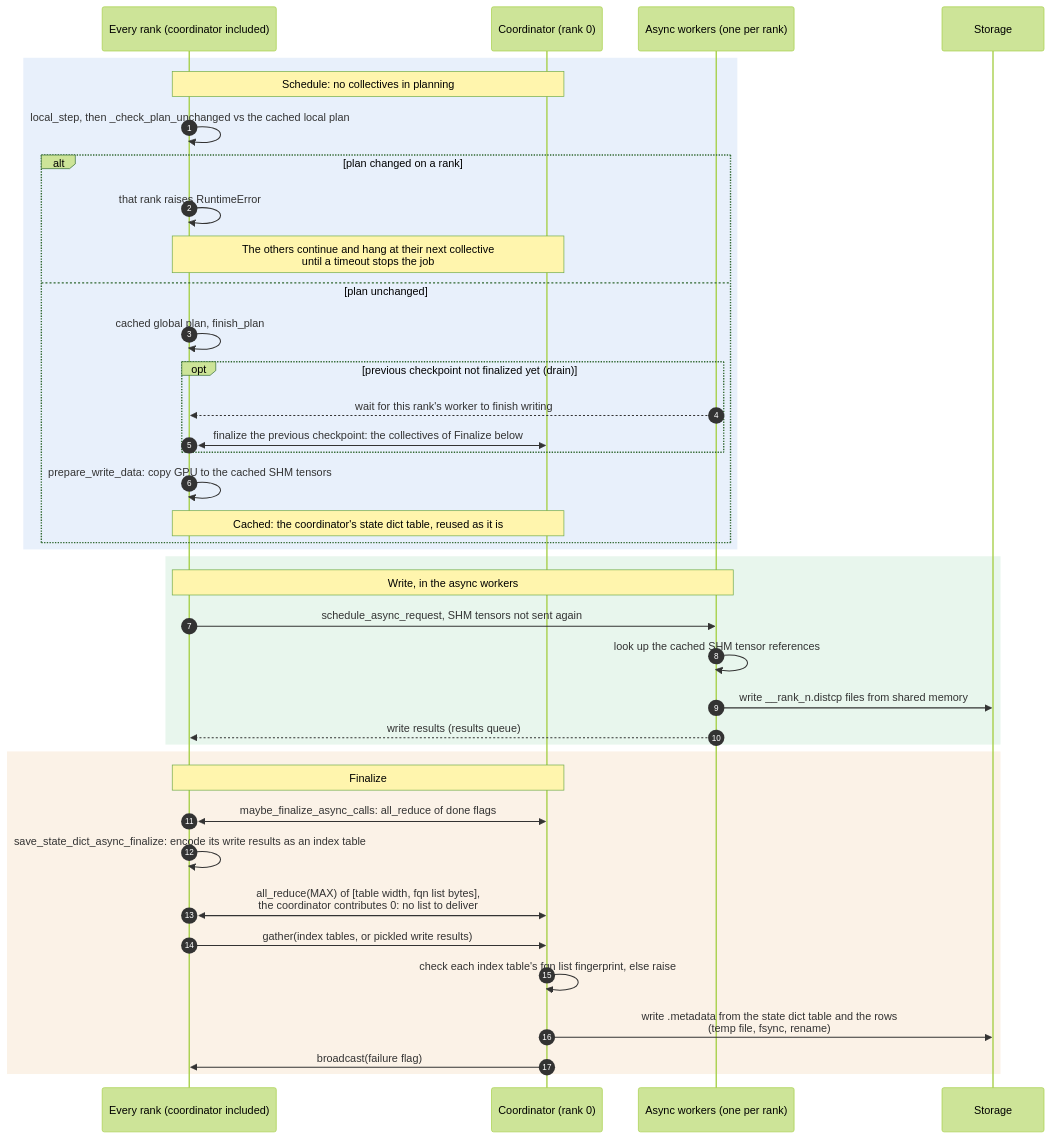
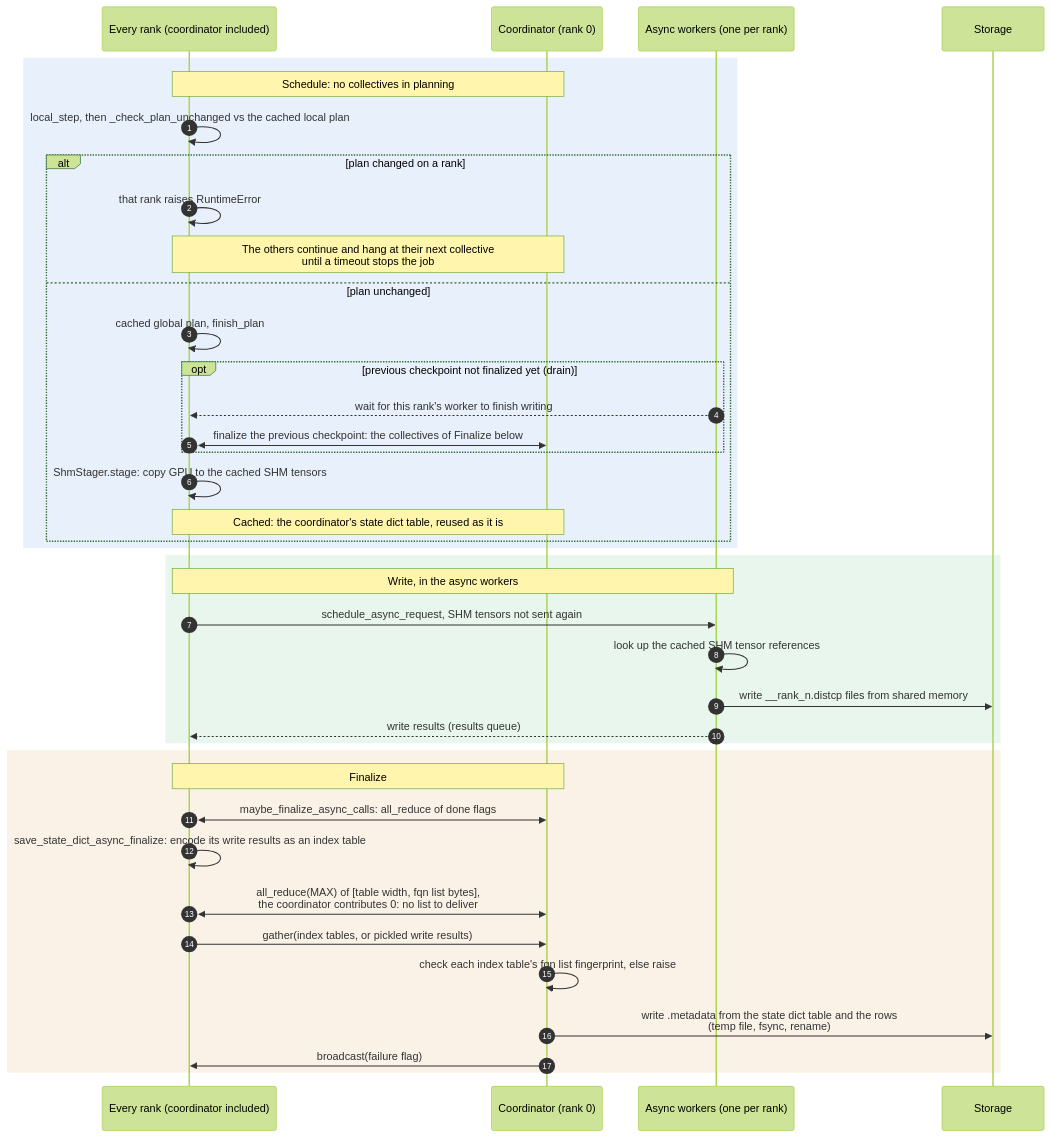
One commit to NVIDIA/nvidia-resiliency-ext changed the fourth of 4 diagrams in docs/design/checkpoint/ASYNC_SAVE.md. Above: the diagram before and after it, drawn with Mermaid (forest theme). The commit also changed other lines of this file and 6 other files, not shown here.

````diff
--- a/docs/design/checkpoint/ASYNC_SAVE.md
+++ b/docs/design/checkpoint/ASYNC_SAVE.md
@@ -343,44 +342,44 @@
 ```mermaid
 sequenceDiagram
     autonumber
     participant R as Every rank (coordinator included)
     participant C as Coordinator (rank 0)
     participant W as Async workers (one per rank)
     participant S as Storage
 
     rect rgba(70, 130, 220, 0.12)
     Note over R,C: Schedule: no collectives in planning
     R->>R: local_step, then _check_plan_unchanged vs the cached local plan
     alt plan changed on a rank
         R->>R: that rank raises RuntimeError
         Note over R,C: The others continue and hang at their next collective<br/>until a timeout stops the job
     else plan unchanged
         R->>R: cached global plan, finish_plan
         opt previous checkpoint not finalized yet (drain)
             W-->>R: wait for this rank's worker to finish writing
             R<<->>C: finalize the previous checkpoint: the collectives of Finalize below
         end
-        R->>R: prepare_write_data: copy GPU to the cached SHM tensors
+        R->>R: ShmStager.stage: copy GPU to the cached SHM tensors
         Note over R,C: Cached: the coordinator's state dict table, reused as it is
     end
     end
 
     rect rgba(70, 180, 110, 0.12)
     Note over R,W: Write, in the async workers
     R->>W: schedule_async_request, SHM tensors not sent again
     W->>W: look up the cached SHM tensor references
     W->>S: write __rank_n.distcp files from shared memory
     W-->>R: write results (results queue)
     end
 
     rect rgba(220, 150, 60, 0.12)
     Note over R,C: Finalize
     R<<->>C: maybe_finalize_async_calls: all_reduce of done flags
     R->>R: save_state_dict_async_finalize: encode its write results as an index table
     R<<->>C: all_reduce(MAX) of [table width, fqn list bytes],<br/>the coordinator contributes 0: no list to deliver
     R->>C: gather(index tables, or pickled write results)
     C->>C: check each index table's fqn list fingerprint, else raise
     C->>S: write .metadata from the state dict table and the rows<br/>(temp file, fsync, rename)
     C->>R: broadcast(failure flag)
     end
 ```
````
